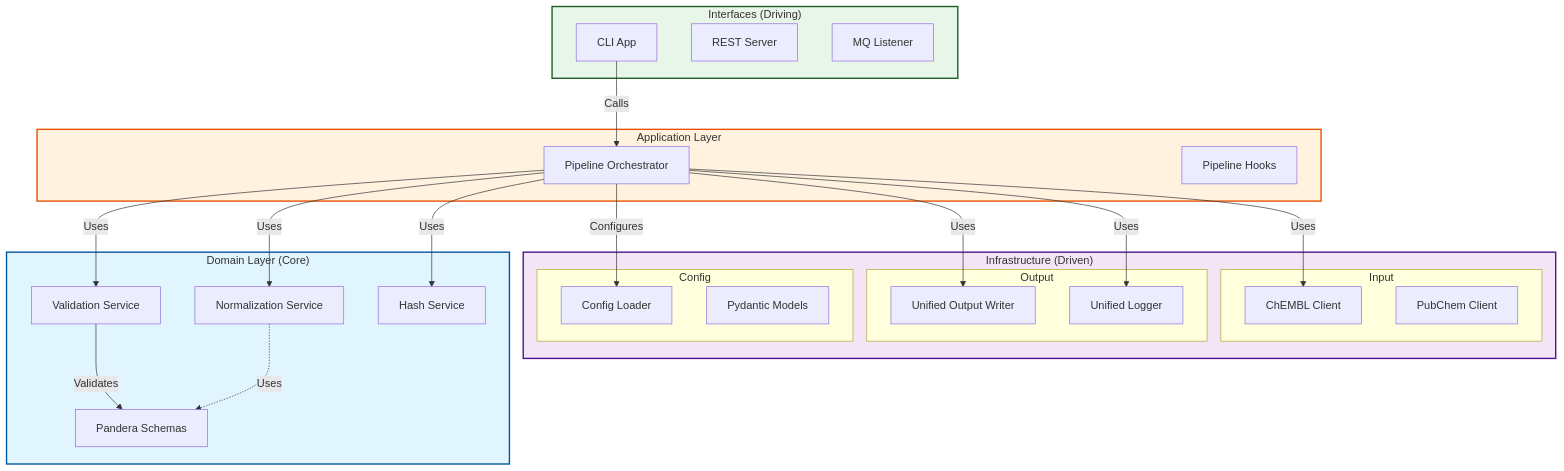
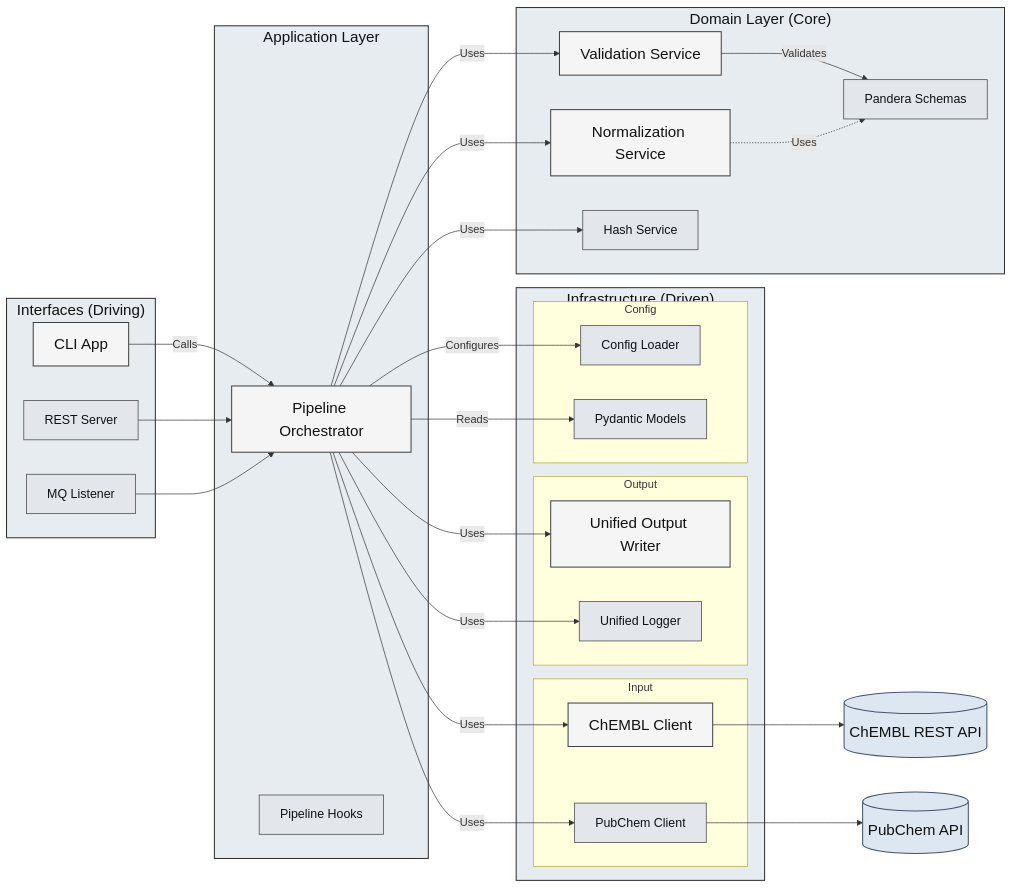
One commit to SatoryKono/BioactivityDataAcquisition changed the diagram in docs/architecture/diagrams/flow/high-level-architecture.mmd. Above: the diagram before and after it, drawn with Mermaid. The commit also changed 51 other files, not shown here.

```diff
--- a/docs/architecture/diagrams/flow/high-level-architecture.mmd
+++ b/docs/architecture/diagrams/flow/high-level-architecture.mmd
@@ -1,51 +1,66 @@
-graph TB
-    subgraph Interfaces ["Interfaces (Driving)"]
-        CLI[CLI App]
-        RestAPI[REST Server]
-        MQ[MQ Listener]
+flowchart LR
+
+subgraph Interfaces["Interfaces (Driving)"]
+    CLI[CLI App]:::componentPrimary
+    RestAPI[REST Server]:::componentSecondary
+    MQ[MQ Listener]:::componentSecondary
+end
+class Interfaces group;
+
+subgraph Application["Application Layer"]
+    Pipeline[Pipeline Orchestrator]:::componentPrimary
+    Hooks[Pipeline Hooks]:::componentSecondary
+end
+class Application group;
+
+subgraph Domain["Domain Layer (Core)"]
+    Validation[Validation Service]:::componentPrimary
+    Normalization[Normalization Service]:::componentPrimary
+    Hashing[Hash Service]:::componentSecondary
+    Schemas[Pandera Schemas]:::componentSecondary
+end
+class Domain group;
+
+subgraph Infrastructure["Infrastructure (Driven)"]
+    subgraph Input
+        ChEMBL[ChEMBL Client]:::componentPrimary
+        PubChem[PubChem Client]:::componentSecondary
     end
+    subgraph Output
+        Writer[Unified Output Writer]:::componentPrimary
+        Logger[Unified Logger]:::componentSecondary
+    end
+    subgraph Config
+        CfgLoad[Config Loader]:::componentSecondary
+        Pydantic[Pydantic Models]:::componentSecondary
+    end
+end
+class Infrastructure group;
 
-    subgraph Infrastructure ["Infrastructure (Driven)"]
-        subgraph Input
-            ChEMBL[ChEMBL Client]
-            PubChem[PubChem Client]
-        end
-        subgraph Output
-            Writer[Unified Output Writer]
-            Logger[Unified Logger]
-        end
-        subgraph Config
-            CfgLoad[Config Loader]
-            Pydantic[Pydantic Models]
-        end
-    end
+ExtChEMBL[(ChEMBL REST API)]:::external
+ExtPubChem[(PubChem API)]:::external
 
-    subgraph Application ["Application Layer"]
-        Pipeline[Pipeline Orchestrator]
-        Hooks[Pipeline Hooks]
-    end
+CLI -->|Calls| Pipeline
+RestAPI --> Pipeline
+MQ --> Pipeline
 
-    subgraph Domain ["Domain Layer (Core)"]
-        Validation[Validation Service]
-        Normalization[Normalization Service]
-        Hashing[Hash Service]
-        Schemas[Pandera Schemas]
-    end
+Pipeline -->|Uses| Validation
+Pipeline -->|Uses| Normalization
+Pipeline -->|Uses| Hashing
+Validation -->|Validates| Schemas
+Normalization -.->|Uses| Schemas
 
-    CLI -->|Calls| Pipeline
-    Pipeline -->|Uses| Validation
-    Pipeline -->|Uses| Normalization
-    Pipeline -->|Uses| Hashing
-    
-    Validation -->|Validates| Schemas
-    Normalization -.->|Uses| Schemas
+Pipeline -->|Uses| ChEMBL
+Pipeline -->|Uses| PubChem
+Pipeline -->|Uses| Writer
+Pipeline -->|Uses| Logger
+Pipeline -->|Configures| CfgLoad
+Pipeline -->|Reads| Pydantic
 
-    Pipeline -->|Uses| ChEMBL
-    Pipeline -->|Uses| Writer
-    Pipeline -->|Uses| Logger
-    Pipeline -->|Configures| CfgLoad
+ChEMBL --> ExtChEMBL
+PubChem --> ExtPubChem
 
-    style Domain fill:#e1f5fe,stroke:#01579b,stroke-width:2px
-    style Application fill:#fff3e0,stroke:#e65100,stroke-width:2px
-    style Infrastructure fill:#f3e5f5,stroke:#4a148c,stroke-width:2px
-    style Interfaces fill:#e8f5e9,stroke:#1b5e20,stroke-width:2px
+classDef componentPrimary   fill:#f5f5f5,stroke:#444,stroke-width:1.5px,color:#111,font-size:22px;
+classDef componentSecondary fill:#e3e7ec,stroke:#555,stroke-width:1.2px,color:#111,font-size:18px;
+classDef external           fill:#dde7f2,stroke:#44546a,stroke-width:1.5px,color:#111,font-size:22px;
+classDef group              fill:#e6ecef,stroke:#333,stroke-width:1.5px,color:#111,font-size:22px;
```
